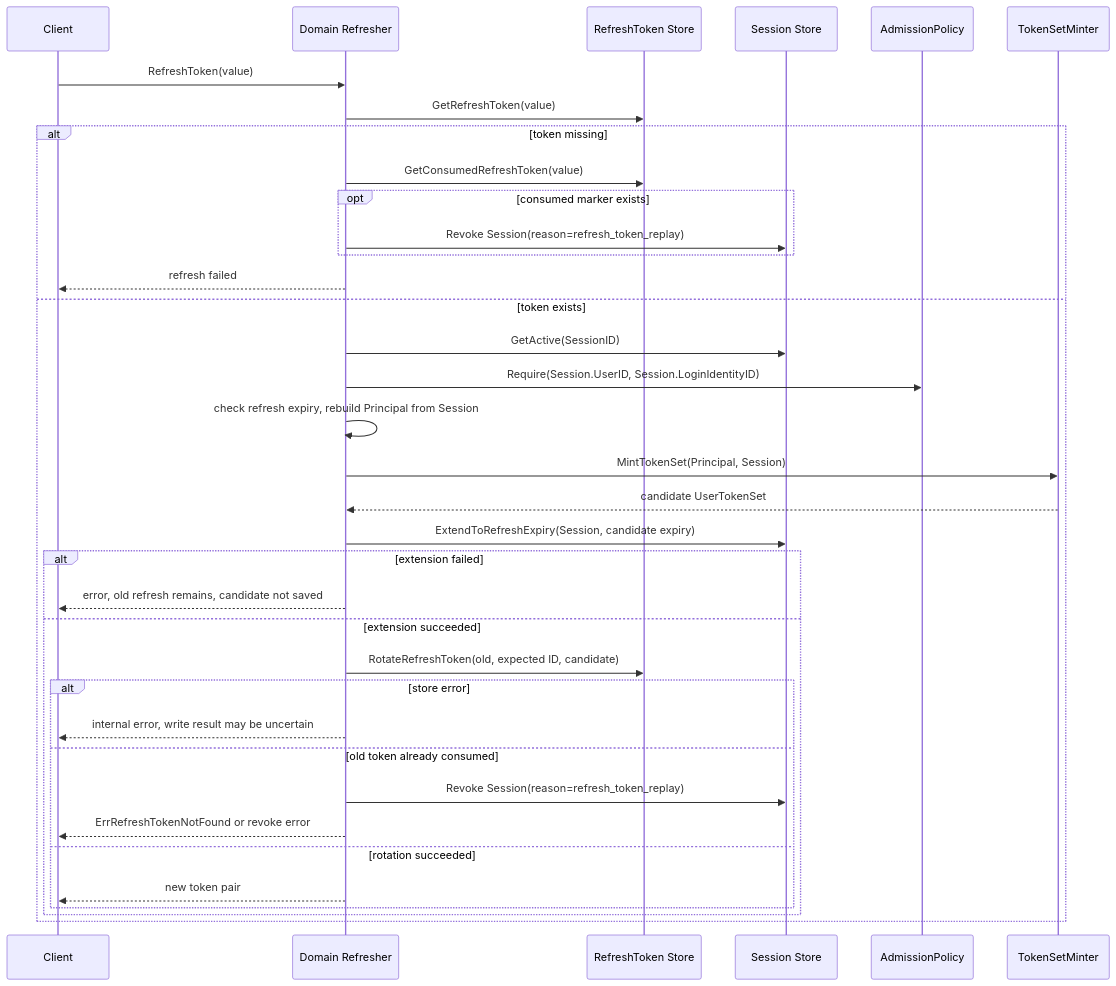
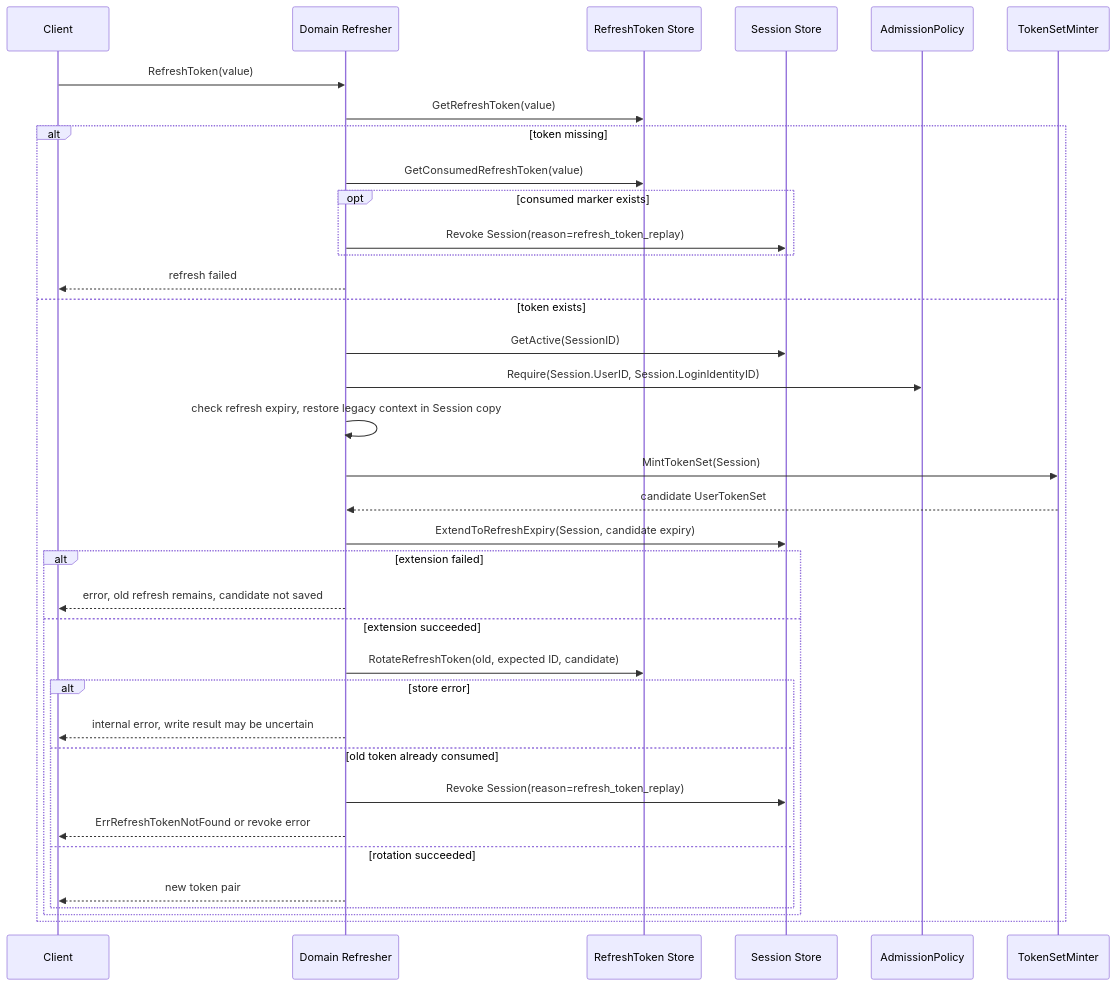
Before and after one commit to FangcunMount/iam-contracts: the third of 7 diagrams in docs/02-业务模块/02-AuthN/05-关键链路-Token签发刷新吊销.md, drawn with Mermaid. The commit also changed other lines of this file and 39 other files, not shown here.

First line of the commit message:
refactor(authn): 在身份验证流程中用独立的 TokenContext 处理替换 EnsureTokenContext

````diff
--- a/docs/02-业务模块/02-AuthN/05-关键链路-Token签发刷新吊销.md
+++ b/docs/02-业务模块/02-AuthN/05-关键链路-Token签发刷新吊销.md
@@ -111,38 +111,38 @@
 ```mermaid
 sequenceDiagram
     participant C as Client
     participant R as Domain Refresher
     participant TS as RefreshToken Store
     participant SS as Session Store
     participant AP as AdmissionPolicy
     participant TM as TokenSetMinter
     C->>R: RefreshToken(value)
     R->>TS: GetRefreshToken(value)
     alt token missing
         R->>TS: GetConsumedRefreshToken(value)
         opt consumed marker exists
             R->>SS: Revoke Session(reason=refresh_token_replay)
         end
         R-->>C: refresh failed
     else token exists
         R->>SS: GetActive(SessionID)
         R->>AP: Require(Session.UserID, Session.LoginIdentityID)
-        R->>R: check refresh expiry, rebuild Principal from Session
-        R->>TM: MintTokenSet(Principal, Session)
+        R->>R: check refresh expiry, restore legacy context in Session copy
+        R->>TM: MintTokenSet(Session)
         TM-->>R: candidate UserTokenSet
         R->>SS: ExtendToRefreshExpiry(Session, candidate expiry)
         alt extension failed
             R-->>C: error, old refresh remains, candidate not saved
         else extension succeeded
             R->>TS: RotateRefreshToken(old, expected ID, candidate)
             alt store error
                 R-->>C: internal error, write result may be uncertain
             else old token already consumed
                 R->>SS: Revoke Session(reason=refresh_token_replay)
                 R-->>C: ErrRefreshTokenNotFound or revoke error
             else rotation succeeded
                 R-->>C: new token pair
             end
         end
     end
 ```
````
